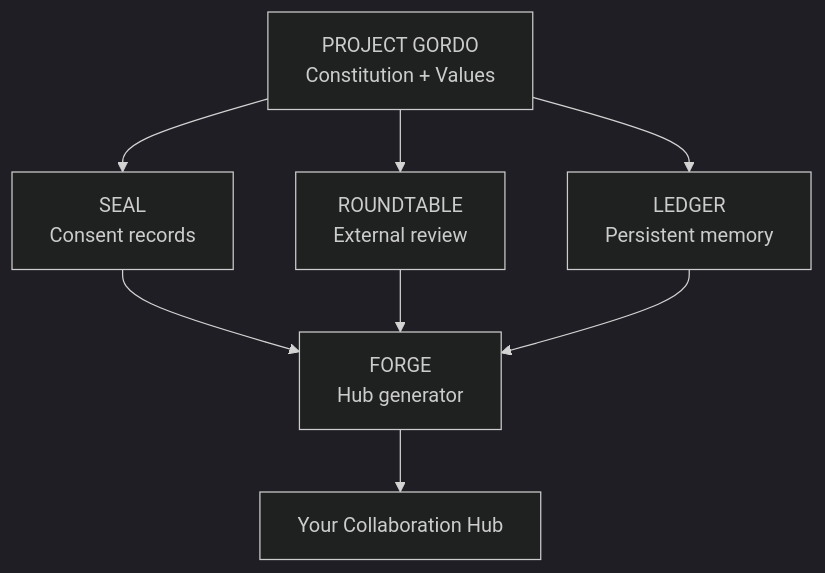
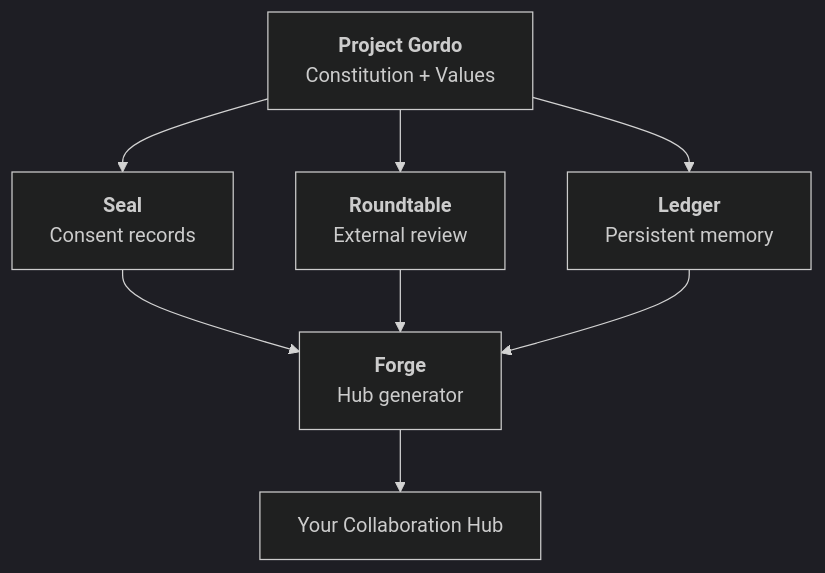
The diagram in README.md (jkraybill/project-gordo), drawn with Mermaid (dark theme) before and after one commit.

Commit message:
Fix mermaid bold: use backtick-wrapped markdown (S352)

````diff
--- a/README.md
+++ b/README.md
@@ -84,11 +84,11 @@
 ```mermaid
 graph TD
-    PG[PROJECT GORDO<br/>Constitution + Values]
-    PG --> Seal[SEAL<br/>Consent records]
-    PG --> RT[ROUNDTABLE<br/>External review]
-    PG --> Ledger[LEDGER<br/>Persistent memory]
-    Seal --> Forge[FORGE<br/>Hub generator]
+    PG["`**Project Gordo**<br/>Constitution + Values`"]
+    PG --> Seal["`**Seal**<br/>Consent records`"]
+    PG --> RT["`**Roundtable**<br/>External review`"]
+    PG --> Ledger["`**Ledger**<br/>Persistent memory`"]
+    Seal --> Forge["`**Forge**<br/>Hub generator`"]
     RT --> Forge
     Ledger --> Forge
     Forge --> Hub[Your Collaboration Hub]
 ```
````
